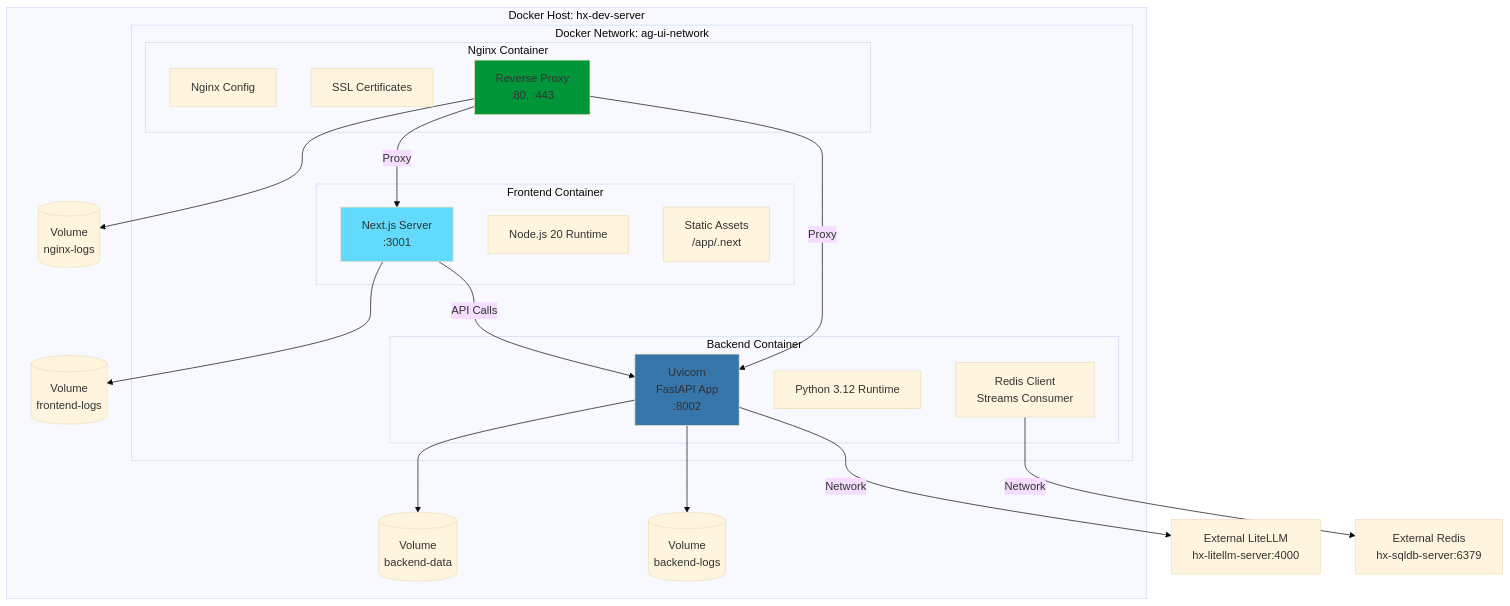
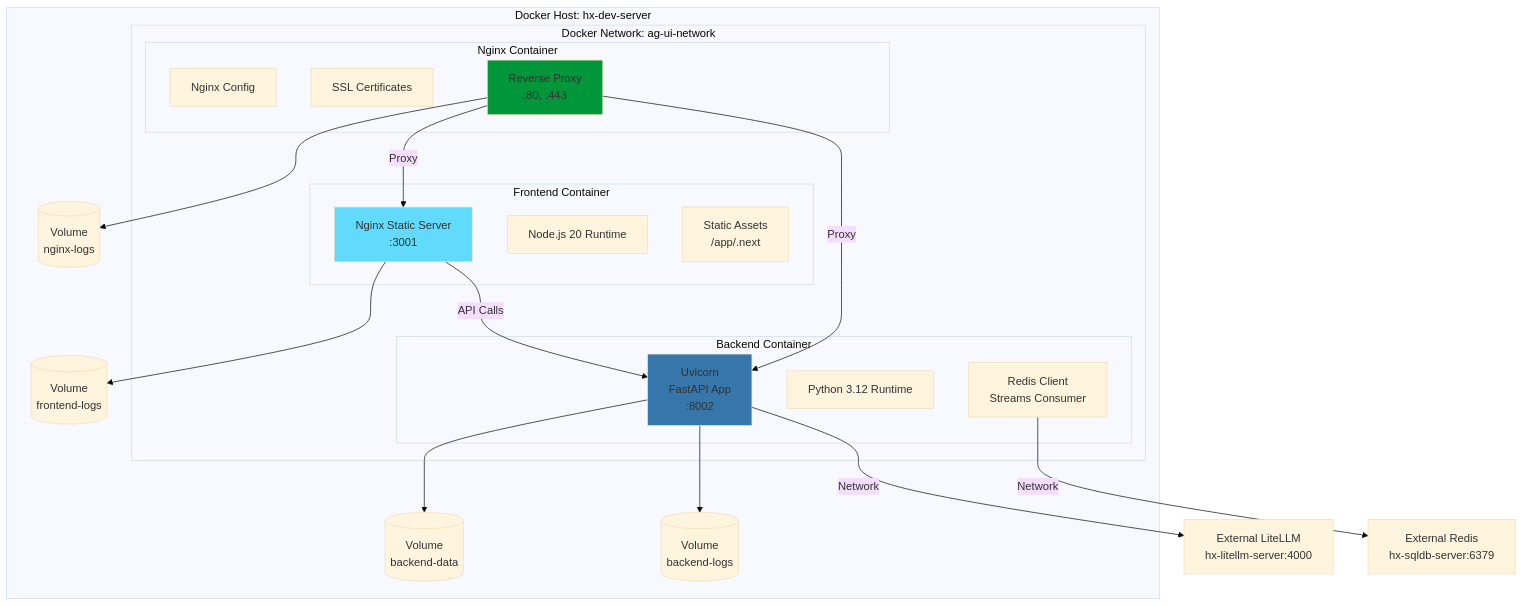
One commit to hanax-ai/hx-citadel-ansible changed diagram 11 of 46 in docs/Dev-Server-Configuration/SHIELD-AG-UI-ARCHITECTURE.md. Above: the diagram before and after it, drawn with Mermaid (base theme). The commit also changed other lines of this file and 8 other files, not shown here.

````diff
--- a/docs/Dev-Server-Configuration/SHIELD-AG-UI-ARCHITECTURE.md
+++ b/docs/Dev-Server-Configuration/SHIELD-AG-UI-ARCHITECTURE.md
@@ -580,45 +580,45 @@
 ```mermaid
 graph TB
     subgraph "Docker Host: hx-dev-server"
         subgraph "Docker Network: ag-ui-network"
             subgraph "Frontend Container"
-                FE_APP[Next.js Server<br/>:3001]
+                FE_APP[Nginx Static Server<br/>:3001]
                 FE_NODE[Node.js 20 Runtime]
                 FE_FILES[Static Assets<br/>/app/.next]
             end
             
             subgraph "Backend Container"
                 BE_APP[Uvicorn<br/>FastAPI App<br/>:8002]
                 BE_PY[Python 3.12 Runtime]
                 BE_REDIS[Redis Client<br/>Streams Consumer]
             end
             
             subgraph "Nginx Container"
                 NX_CONF[Nginx Config]
                 NX_SSL[SSL Certificates]
                 NX_PROXY[Reverse Proxy<br/>:80, :443]
             end
         end
         
         VOL1[(Volume<br/>frontend-logs)]
         VOL2[(Volume<br/>backend-data)]
         VOL3[(Volume<br/>backend-logs)]
         VOL4[(Volume<br/>nginx-logs)]
     end
     
     FE_APP --> VOL1
     BE_APP --> VOL2
     BE_APP --> VOL3
     NX_PROXY --> VOL4
     
     NX_PROXY -->|Proxy| FE_APP
     NX_PROXY -->|Proxy| BE_APP
     FE_APP -->|API Calls| BE_APP
     
     BE_REDIS -->|Network| EXT_REDIS[External Redis<br/>hx-sqldb-server:6379]
     BE_APP -->|Network| EXT_LLM[External LiteLLM<br/>hx-litellm-server:4000]
     
     style FE_APP fill:#61dafb
     style BE_APP fill:#3776ab
     style NX_PROXY fill:#009639
 ```
````
